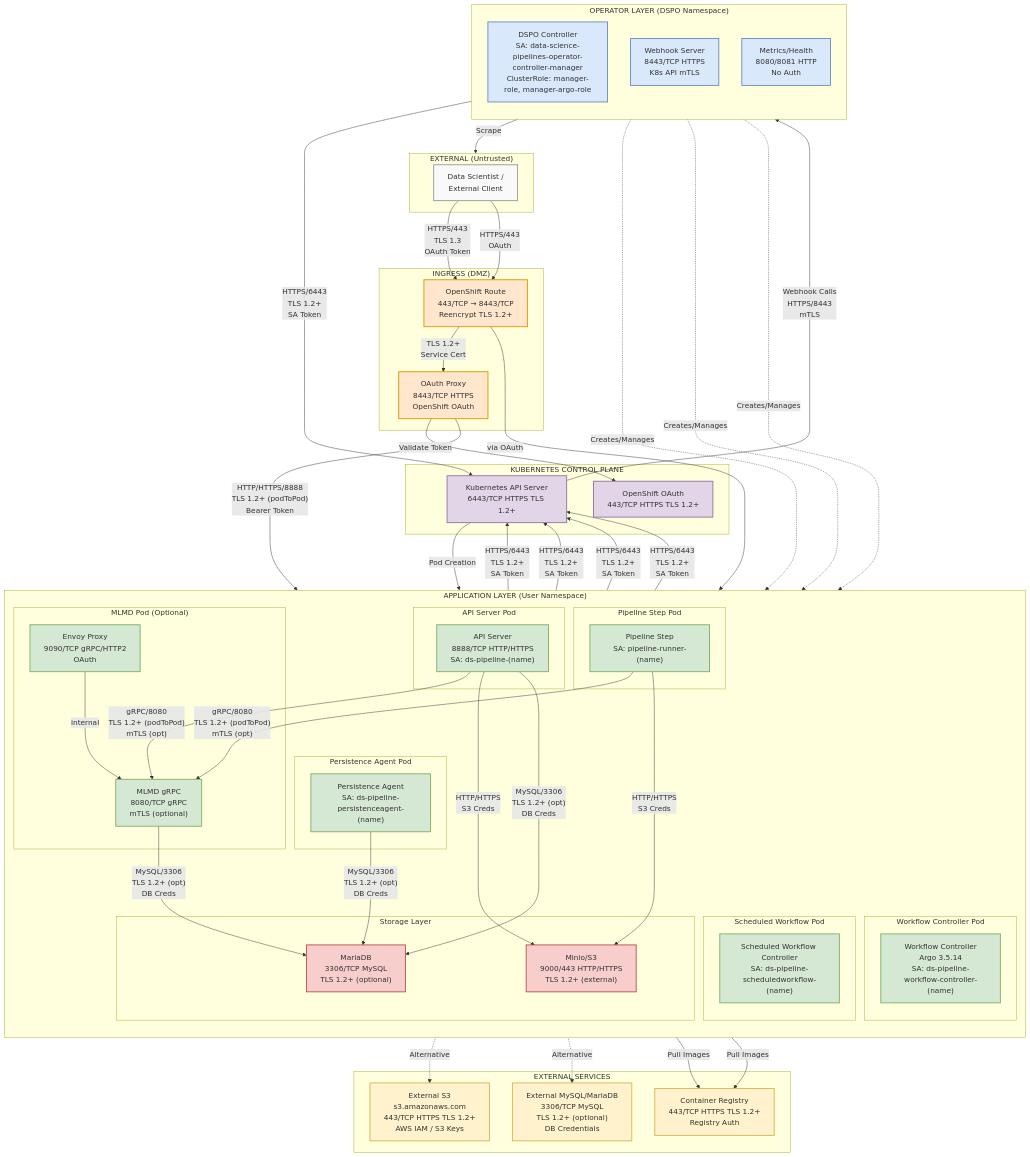
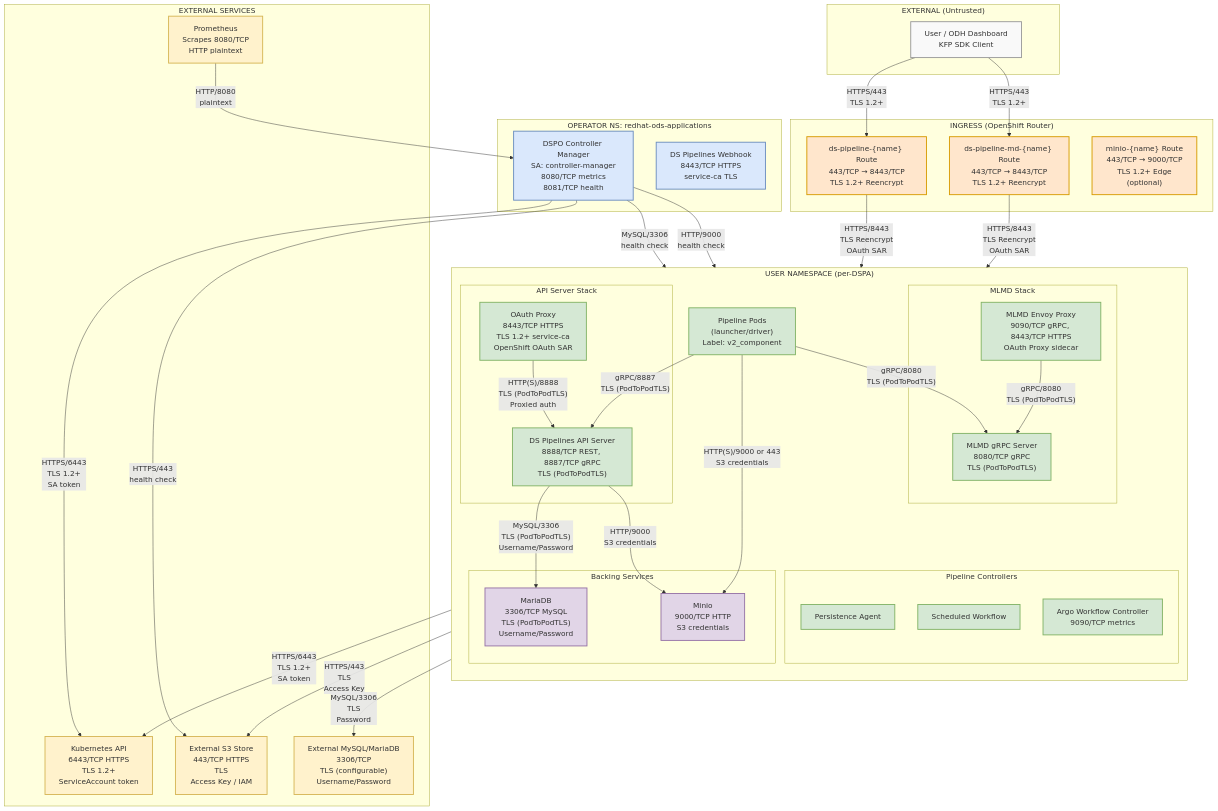
One commit to rhuss/architecture-context changed the diagram in architecture/rhoai-2.25/diagrams/data-science-pipelines-operator-security-network.mmd. Above: the diagram before and after it, drawn with Mermaid. The commit also changed 634 other files, not shown here.

```diff
--- a/architecture/rhoai-2.25/diagrams/data-science-pipelines-operator-security-network.mmd
+++ b/architecture/rhoai-2.25/diagrams/data-science-pipelines-operator-security-network.mmd
@@ -1,131 +1,101 @@
+%% Security Network Diagram - Data Science Pipelines Operator
+%% Generated by: Claude Opus 4.6
+%% Source: architecture/rhoai-2.25/data-science-pipelines-operator.md
+
 graph TB
     subgraph External["EXTERNAL (Untrusted)"]
-        Client["Data Scientist /<br/>External Client"]
+        Client["User / ODH Dashboard<br/>KFP SDK Client"]
     end
 
-    subgraph Ingress["INGRESS (DMZ)"]
-        Route["OpenShift Route<br/>443/TCP → 8443/TCP<br/>Reencrypt TLS 1.2+"]
-        OAuth["OAuth Proxy<br/>8443/TCP HTTPS<br/>OpenShift OAuth"]
-        Route -->|"TLS 1.2+<br/>Service Cert"| OAuth
+    subgraph Ingress["INGRESS (OpenShift Router)"]
+        APIRoute["ds-pipeline-{name} Route<br/>443/TCP → 8443/TCP<br/>TLS 1.2+ Reencrypt"]
+        MLMDRoute["ds-pipeline-md-{name} Route<br/>443/TCP → 8443/TCP<br/>TLS 1.2+ Reencrypt"]
+        MinioRoute["minio-{name} Route<br/>443/TCP → 9000/TCP<br/>TLS 1.2+ Edge<br/>(optional)"]
     end
 
-    subgraph Application["APPLICATION LAYER (User Namespace)"]
+    subgraph OperatorNS["OPERATOR NS: redhat-ods-applications"]
+        DSPOController["DSPO Controller Manager<br/>SA: controller-manager<br/>8080/TCP metrics<br/>8081/TCP health"]
+        DSPWebhook["DS Pipelines Webhook<br/>8443/TCP HTTPS<br/>service-ca TLS"]
+    end
+
+    subgraph UserNS["USER NAMESPACE (per-DSPA)"]
         direction TB
 
-        subgraph API_Pod["API Server Pod"]
-            API["API Server<br/>8888/TCP HTTP/HTTPS<br/>SA: ds-pipeline-(name)"]
+        subgraph APIStack["API Server Stack"]
+            OAuthProxy["OAuth Proxy<br/>8443/TCP HTTPS<br/>TLS 1.2+ service-ca<br/>OpenShift OAuth SAR"]
+            APIServer["DS Pipelines API Server<br/>8888/TCP REST, 8887/TCP gRPC<br/>TLS (PodToPodTLS)"]
         end
 
-        subgraph WFC_Pod["Workflow Controller Pod"]
-            WFC["Workflow Controller<br/>Argo 3.5.14<br/>SA: ds-pipeline-workflow-controller-(name)"]
+        subgraph MLMDStack["MLMD Stack"]
+            MLMDgRPC["MLMD gRPC Server<br/>8080/TCP gRPC<br/>TLS (PodToPodTLS)"]
+            MLMDEnvoy["MLMD Envoy Proxy<br/>9090/TCP gRPC, 8443/TCP HTTPS<br/>OAuth Proxy sidecar"]
         end
 
-        subgraph PA_Pod["Persistence Agent Pod"]
-            PA["Persistence Agent<br/>SA: ds-pipeline-persistenceagent-(name)"]
+        subgraph Controllers["Pipeline Controllers"]
+            PersistAgent["Persistence Agent"]
+            SchedWF["Scheduled Workflow"]
+            ArgoWFC["Argo Workflow Controller<br/>9090/TCP metrics"]
         end
 
-        subgraph SWC_Pod["Scheduled Workflow Pod"]
-            SWC["Scheduled Workflow Controller<br/>SA: ds-pipeline-scheduledworkflow-(name)"]
+        subgraph BackingSvc["Backing Services"]
+            MariaDB["MariaDB<br/>3306/TCP MySQL<br/>TLS (PodToPodTLS)<br/>Username/Password"]
+            Minio["Minio<br/>9000/TCP HTTP<br/>S3 credentials"]
         end
 
-        subgraph PipelinePod["Pipeline Step Pod"]
-            Step["Pipeline Step<br/>SA: pipeline-runner-(name)"]
-        end
-
-        subgraph MLMD_Pod["MLMD Pod (Optional)"]
-            MLMDEnvoy["Envoy Proxy<br/>9090/TCP gRPC/HTTP2<br/>OAuth"]
-            MLMDgRPC["MLMD gRPC<br/>8080/TCP gRPC<br/>mTLS (optional)"]
-            MLMDEnvoy -->|"internal"| MLMDgRPC
-        end
-
-        subgraph Storage["Storage Layer"]
-            DB["MariaDB<br/>3306/TCP MySQL<br/>TLS 1.2+ (optional)"]
-            S3["Minio/S3<br/>9000/443 HTTP/HTTPS<br/>TLS 1.2+ (external)"]
-        end
-    end
-
-    subgraph Operator["OPERATOR LAYER (DSPO Namespace)"]
-        direction TB
-        Controller["DSPO Controller<br/>SA: data-science-pipelines-operator-controller-manager<br/>ClusterRole: manager-role, manager-argo-role"]
-        Webhook["Webhook Server<br/>8443/TCP HTTPS<br/>K8s API mTLS"]
-        Metrics["Metrics/Health<br/>8080/8081 HTTP<br/>No Auth"]
+        PipelinePods["Pipeline Pods<br/>(launcher/driver)<br/>Label: v2_component"]
     end
 
     subgraph ExternalServices["EXTERNAL SERVICES"]
-        ExtS3["External S3<br/>s3.amazonaws.com<br/>443/TCP HTTPS TLS 1.2+<br/>AWS IAM / S3 Keys"]
-        ExtDB["External MySQL/MariaDB<br/>3306/TCP MySQL<br/>TLS 1.2+ (optional)<br/>DB Credentials"]
-        Registry["Container Registry<br/>443/TCP HTTPS TLS 1.2+<br/>Registry Auth"]
+        K8sAPI["Kubernetes API<br/>6443/TCP HTTPS<br/>TLS 1.2+<br/>ServiceAccount token"]
+        ExtDB["External MySQL/MariaDB<br/>3306/TCP<br/>TLS (configurable)<br/>Username/Password"]
+        ExtS3["External S3 Store<br/>443/TCP HTTPS<br/>TLS<br/>Access Key / IAM"]
+        Prometheus["Prometheus<br/>Scrapes 8080/TCP<br/>HTTP plaintext"]
     end
 
-    subgraph K8s["KUBERNETES CONTROL PLANE"]
-        K8sAPI["Kubernetes API Server<br/>6443/TCP HTTPS TLS 1.2+"]
-        K8sOAuth["OpenShift OAuth<br/>443/TCP HTTPS TLS 1.2+"]
-    end
+    %% External flows
+    Client -->|"HTTPS/443<br/>TLS 1.2+"| APIRoute
+    Client -->|"HTTPS/443<br/>TLS 1.2+"| MLMDRoute
 
-    %% External → Ingress
-    Client -->|"HTTPS/443<br/>TLS 1.3<br/>OAuth Token"| Route
+    %% Ingress to services
+    APIRoute -->|"HTTPS/8443<br/>TLS Reencrypt<br/>OAuth SAR"| OAuthProxy
+    MLMDRoute -->|"HTTPS/8443<br/>TLS Reencrypt<br/>OAuth SAR"| MLMDEnvoy
 
-    %% Ingress → Application
-    OAuth -->|"HTTP/HTTPS/8888<br/>TLS 1.2+ (podToPod)<br/>Bearer Token"| API
+    %% Internal service flows
+    OAuthProxy -->|"HTTP(S)/8888<br/>TLS (PodToPodTLS)<br/>Proxied auth"| APIServer
+    MLMDEnvoy -->|"gRPC/8080<br/>TLS (PodToPodTLS)"| MLMDgRPC
 
     %% API Server connections
-    API -->|"MySQL/3306<br/>TLS 1.2+ (opt)<br/>DB Creds"| DB
-    API -->|"HTTP/HTTPS<br/>S3 Creds"| S3
-    API -->|"gRPC/8080<br/>TLS 1.2+ (podToPod)<br/>mTLS (opt)"| MLMDgRPC
-    API -->|"HTTPS/6443<br/>TLS 1.2+<br/>SA Token"| K8sAPI
+    APIServer -->|"MySQL/3306<br/>TLS (PodToPodTLS)<br/>Username/Password"| MariaDB
+    APIServer -->|"HTTP/9000<br/>S3 credentials"| Minio
 
-    %% Workflow Controller
-    WFC -->|"HTTPS/6443<br/>TLS 1.2+<br/>SA Token"| K8sAPI
-    K8sAPI -->|"Pod Creation"| Step
+    %% Pipeline pod flows
+    PipelinePods -->|"gRPC/8887<br/>TLS (PodToPodTLS)"| APIServer
+    PipelinePods -->|"gRPC/8080<br/>TLS (PodToPodTLS)"| MLMDgRPC
+    PipelinePods -->|"HTTP(S)/9000 or 443<br/>S3 credentials"| Minio
 
-    %% Pipeline Step
-    Step -->|"HTTP/HTTPS<br/>S3 Creds"| S3
-    Step -->|"gRPC/8080<br/>TLS 1.2+ (podToPod)<br/>mTLS (opt)"| MLMDgRPC
+    %% Operator flows
+    DSPOController -->|"HTTPS/6443<br/>TLS 1.2+<br/>SA token"| K8sAPI
+    DSPOController -->|"MySQL/3306<br/>health check"| MariaDB
+    DSPOController -->|"HTTP/9000<br/>health check"| Minio
+    ArgoWFC -->|"HTTPS/6443<br/>TLS 1.2+<br/>SA token"| K8sAPI
 
-    %% Persistence Agent
-    PA -->|"HTTPS/6443<br/>TLS 1.2+<br/>SA Token"| K8sAPI
-    PA -->|"MySQL/3306<br/>TLS 1.2+ (opt)<br/>DB Creds"| DB
-
-    %% Scheduled Workflow
-    SWC -->|"HTTPS/6443<br/>TLS 1.2+<br/>SA Token"| K8sAPI
-
-    %% MLMD
-    MLMDgRPC -->|"MySQL/3306<br/>TLS 1.2+ (opt)<br/>DB Creds"| DB
-    Client -->|"HTTPS/443<br/>OAuth"| Route
-    Route -->|"via OAuth"| MLMDEnvoy
-
-    %% Operator
-    Controller -->|"HTTPS/6443<br/>TLS 1.2+<br/>SA Token"| K8sAPI
-    Controller -.->|"Creates/Manages"| API_Pod
-    Controller -.->|"Creates/Manages"| WFC_Pod
-    Controller -.->|"Creates/Manages"| Storage
-    K8sAPI -->|"Webhook Calls<br/>HTTPS/8443<br/>mTLS"| Webhook
-
-    %% External Services
-    API -.->|"Alternative"| ExtS3
-    API -.->|"Alternative"| ExtDB
-    Step -->|"Pull Images"| Registry
-    WFC -->|"Pull Images"| Registry
-
-    %% OAuth validation
-    OAuth -->|"Validate Token"| K8sOAuth
-
-    %% Prometheus
-    Metrics -->|"Scrape"| External
+    %% External service connections
+    APIServer -->|"HTTPS/443<br/>TLS<br/>Access Key"| ExtS3
+    APIServer -->|"MySQL/3306<br/>TLS<br/>Password"| ExtDB
+    DSPOController -->|"HTTPS/443<br/>health check"| ExtS3
+    Prometheus -->|"HTTP/8080<br/>plaintext"| DSPOController
 
     %% Styling
     classDef external fill:#f9f9f9,stroke:#999,stroke-width:2px
     classDef ingress fill:#ffe6cc,stroke:#d79b00,stroke-width:2px
-    classDef application fill:#d5e8d4,stroke:#82b366,stroke-width:2px
     classDef operator fill:#dae8fc,stroke:#6c8ebf,stroke-width:2px
-    classDef externalservice fill:#fff2cc,stroke:#d6b656,stroke-width:2px
-    classDef k8s fill:#e1d5e7,stroke:#9673a6,stroke-width:2px
-    classDef storage fill:#f8cecc,stroke:#b85450,stroke-width:2px
+    classDef userns fill:#d5e8d4,stroke:#82b366,stroke-width:2px
+    classDef backing fill:#e1d5e7,stroke:#9673a6,stroke-width:2px
+    classDef extsvc fill:#fff2cc,stroke:#d6b656,stroke-width:2px
 
     class Client external
-    class Route,OAuth ingress
-    class API,WFC,PA,SWC,Step,MLMDEnvoy,MLMDgRPC application
-    class DB,S3 storage
-    class Controller,Webhook,Metrics operator
-    class ExtS3,ExtDB,Registry externalservice
-    class K8sAPI,K8sOAuth k8s
+    class APIRoute,MLMDRoute,MinioRoute ingress
+    class DSPOController,DSPWebhook operator
+    class OAuthProxy,APIServer,MLMDgRPC,MLMDEnvoy,PersistAgent,SchedWF,ArgoWFC,PipelinePods userns
+    class MariaDB,Minio backing
+    class K8sAPI,ExtDB,ExtS3,Prometheus extsvc
```
